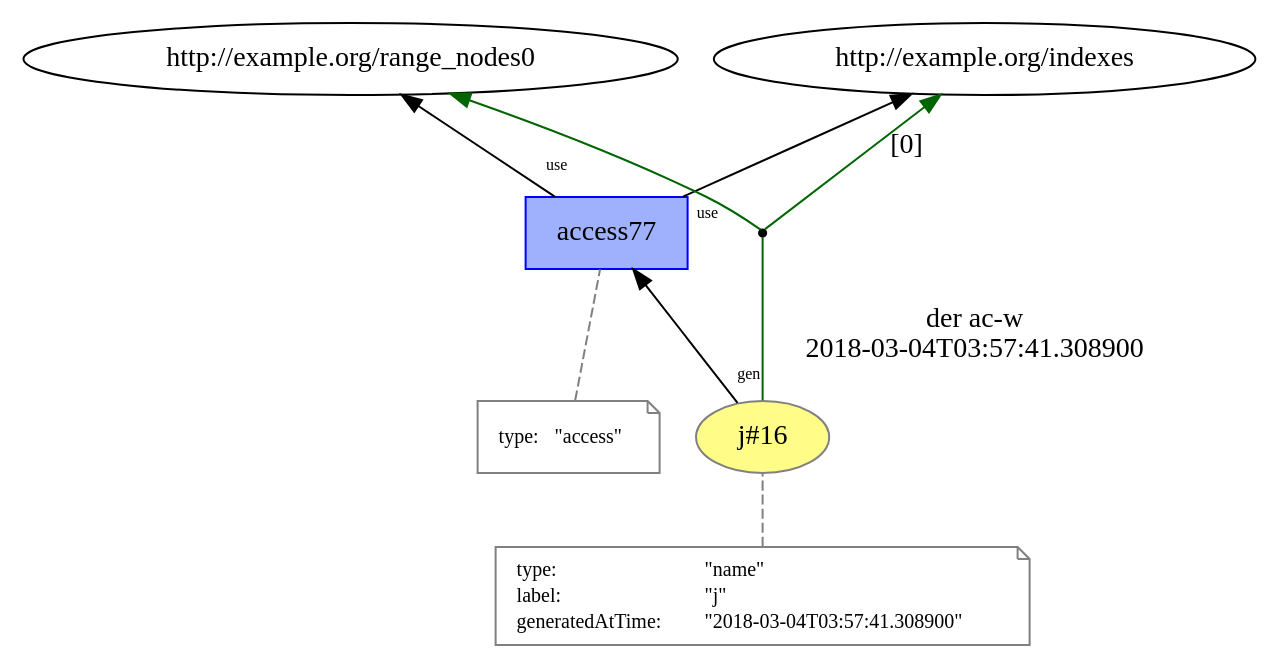
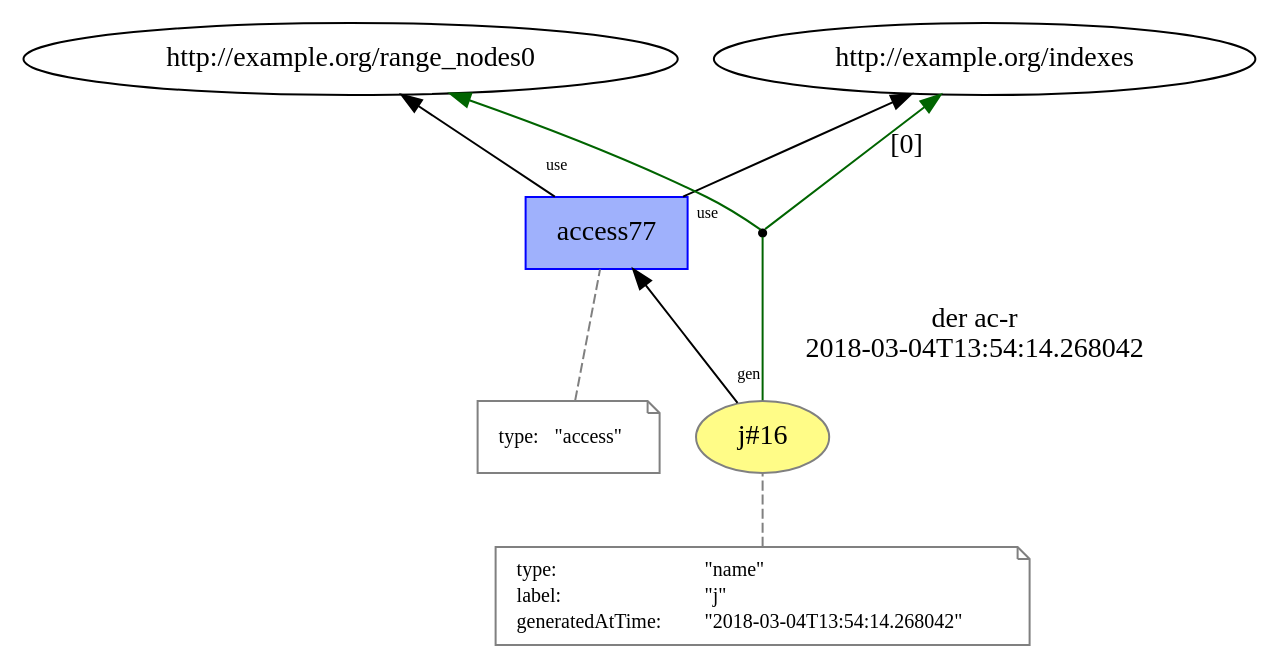
The diagram in versioned_prov/temp/L13__loop_access_16.dot (dew-uff/versioned-prov), drawn with Graphviz before and after one commit. The commit also changed 714 other files, not shown here.

```diff
--- a/versioned_prov/temp/L13__loop_access_16.dot
+++ b/versioned_prov/temp/L13__loop_access_16.dot
@@ -1,34 +1,34 @@
 digraph "PROV" { size="16,12"; rankdir="BT";
 "http://example.org/j#16" [fillcolor="#FFFC87",color="#808080",style="filled",label="j#16",URL="http://example.org/j#16"]
 "-attrs0" [color="gray",shape="note",fontsize="10",fontcolor="black",label=<<TABLE cellpadding="0" border="0">
 	<TR>
 	    <TD align="left">type:</TD>
 	    <TD align="left">&quot;name&quot;</TD>
 	</TR>
 	<TR>
 	    <TD align="left">label:</TD>
 	    <TD align="left">&quot;j&quot;</TD>
 	</TR>
 	<TR>
 	    <TD align="left">generatedAtTime:</TD>
-	    <TD align="left">&quot;2018-03-04T03:57:41.308900&quot;</TD>
+	    <TD align="left">&quot;2018-03-04T13:54:14.268042&quot;</TD>
 	</TR>
 </TABLE>>]
 "-attrs0" -> "http://example.org/j#16" [color="gray",style="dashed",arrowhead="none"]
 "http://example.org/access77" [fillcolor="#9FB1FC",color="#0000FF",shape="polygon",sides="4",style="filled",label="access77",URL="http://example.org/access77"]
 "-attrs1" [color="gray",shape="note",fontsize="10",fontcolor="black",label=<<TABLE cellpadding="0" border="0">
 	<TR>
 	    <TD align="left">type:</TD>
 	    <TD align="left">&quot;access&quot;</TD>
 	</TR>
 </TABLE>>]
 "-attrs1" -> "http://example.org/access77" [color="gray",style="dashed",arrowhead="none"]
 "http://example.org/access77" -> "http://example.org/range_nodes0" [labelfontsize="8",labeldistance="1.5",labelangle="60.0",rotation="20",taillabel="use"]
 "bn0" [shape="point",label=""]
-"http://example.org/j#16" -> "bn0" [arrowhead="none",color="darkgreen",label="der ac-w
-2018-03-04T03:57:41.308900"]
+"http://example.org/j#16" -> "bn0" [arrowhead="none",color="darkgreen",label="der ac-r
+2018-03-04T13:54:14.268042"]
 "bn0" -> "http://example.org/indexes" [labelfontsize="8",labeldistance="1.5",color="darkgreen",labelangle="60.0",rotation="20",label="[0]"]
 "bn0" -> "http://example.org/range_nodes0" [color="darkgreen"]
 "http://example.org/j#16" -> "http://example.org/access77" [labelfontsize="8",labeldistance="1.5",labelangle="60.0",rotation="20",taillabel="gen"]
 "http://example.org/access77" -> "http://example.org/indexes" [labelfontsize="8",labeldistance="1.5",labelangle="60.0",rotation="20",taillabel="use"]
 }
```
